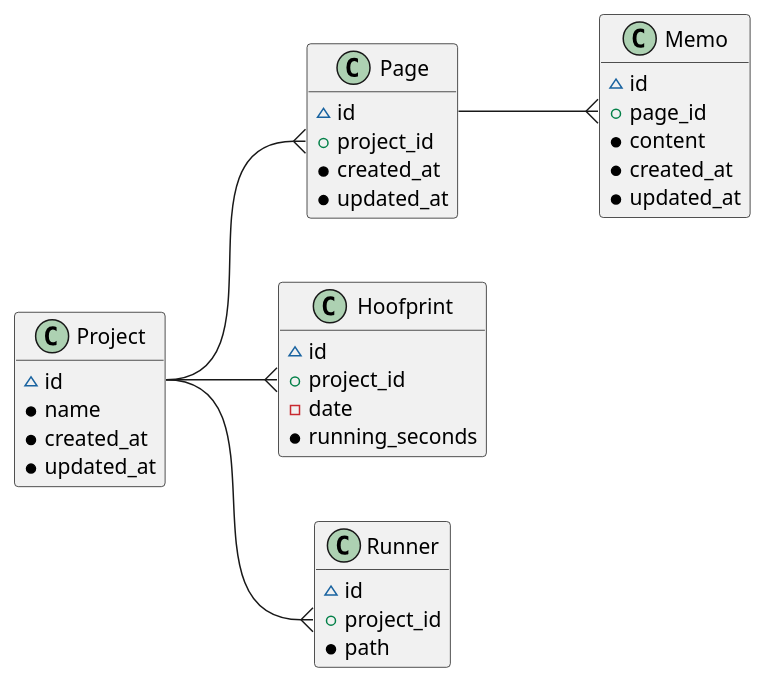
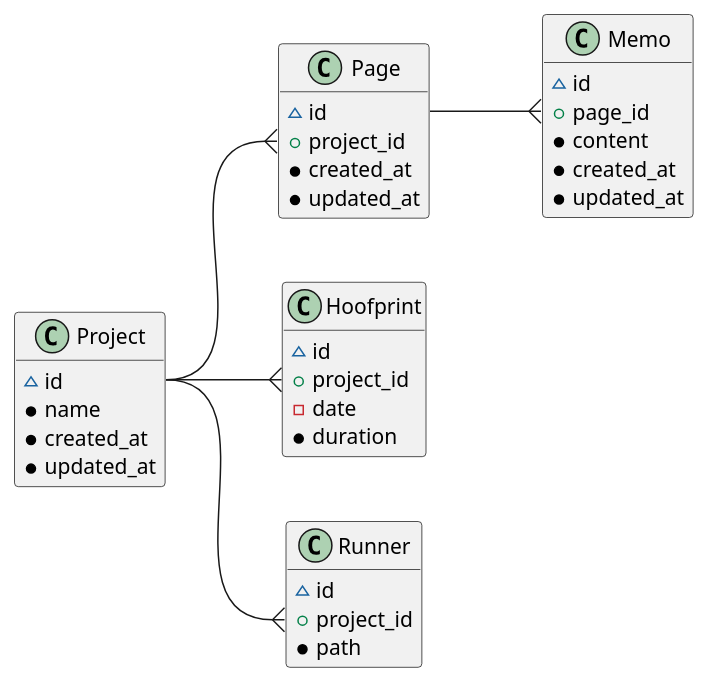
Before and after one commit to tkmfujise/trot_editor: the diagram in doc/er-diagram.adoc, drawn with PlantUML. The commit also changed 6 other files, not shown here.

```diff
--- a/doc/er-diagram.adoc
+++ b/doc/er-diagram.adoc
@@ -4,41 +4,41 @@
 [plantuml, er-diagram]
 ....
 class Project {
   ~ id
   * name 
   * created_at
   * updated_at
 }
 class Page {
   ~ id
   + project_id
   * created_at
   * updated_at
 }
 class Memo {
   ~ id
   + page_id
   * content
   * created_at
   * updated_at
 }
 class Hoofprint {
   ~ id
   + project_id
   - date
-  * running_seconds
+  * duration
 }
 class Runner {
   ~ id
   + project_id
   * path
 }
 
 hide methods
 left to right direction
 
 Project::id --{ Page::project_id
 Page::id    --{ Memo::page_id
 Project::id --{ Hoofprint::project_id
 Project::id --{ Runner::project_id
 ....
```
